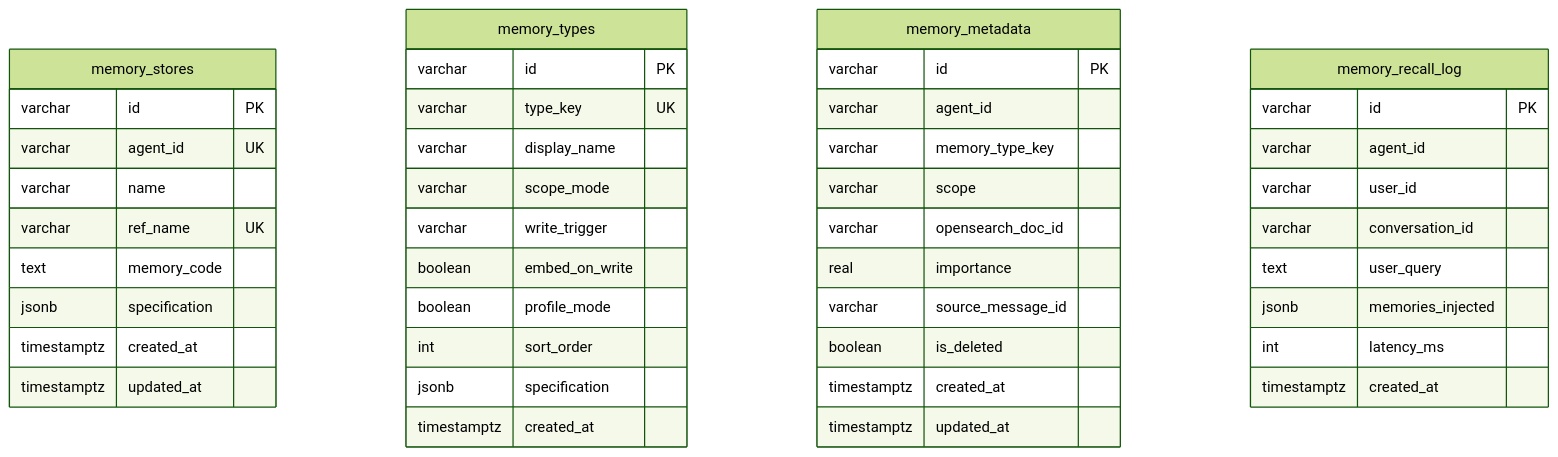
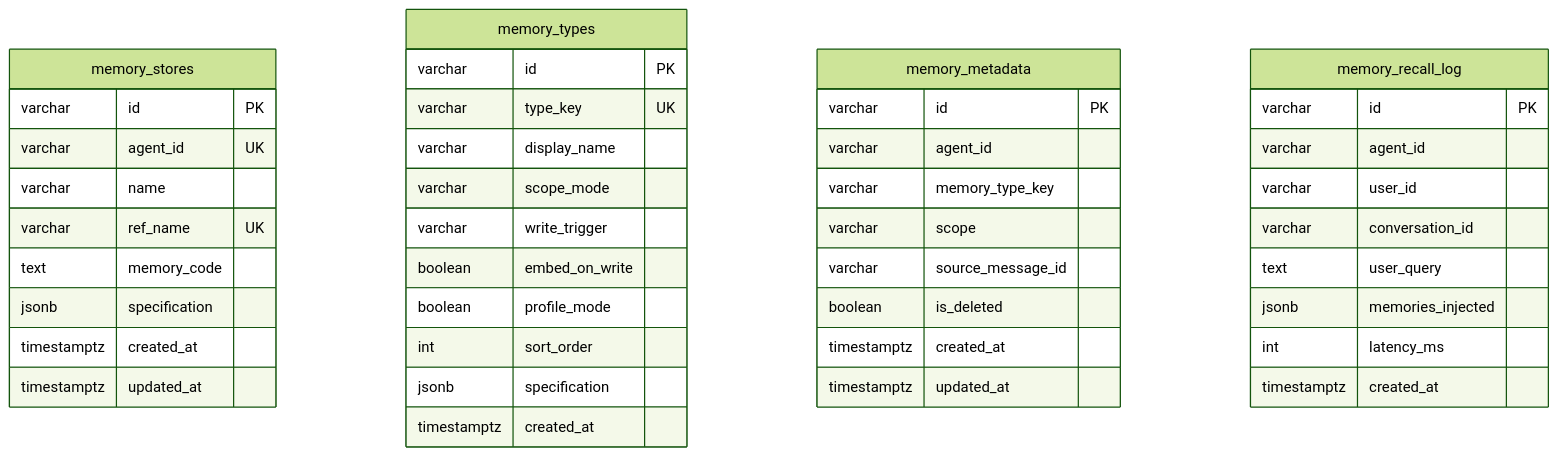
The second of 3 diagrams in src/postgres/db_arch_diag.md (MounicaSrinivasan16392/agent-memory-poc), drawn with Mermaid (forest theme) before and after one commit. The commit also changed other lines of this file and 50 other files, not shown here.

````diff
--- a/src/postgres/db_arch_diag.md
+++ b/src/postgres/db_arch_diag.md
@@ -31,50 +31,48 @@
 ```mermaid
 erDiagram
   memory_stores {
     varchar id PK
     varchar agent_id UK
     varchar name
     varchar ref_name UK
     text memory_code
     jsonb specification
     timestamptz created_at
     timestamptz updated_at
   }
 
   memory_types {
     varchar id PK
     varchar type_key UK
     varchar display_name
     varchar scope_mode
     varchar write_trigger
     boolean embed_on_write
     boolean profile_mode
     int sort_order
     jsonb specification
     timestamptz created_at
   }
 
   memory_metadata {
     varchar id PK
     varchar agent_id
     varchar memory_type_key
     varchar scope
-    varchar opensearch_doc_id
-    real importance
     varchar source_message_id
     boolean is_deleted
     timestamptz created_at
     timestamptz updated_at
   }
 
   memory_recall_log {
     varchar id PK
     varchar agent_id
     varchar user_id
     varchar conversation_id
     text user_query
     jsonb memories_injected
     int latency_ms
     timestamptz created_at
   }
 ```
````
